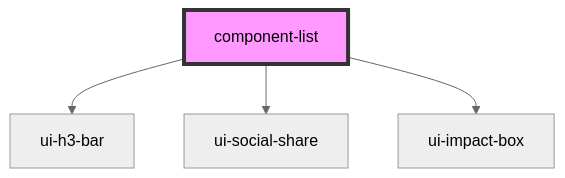
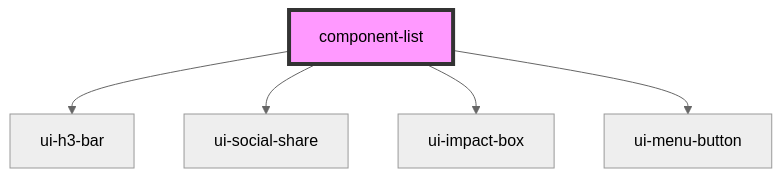
The diagram in site/src/components/component-list/readme.md (pizza-to-the-polls/power-the-polls), drawn with Mermaid (neutral theme) before and after one commit. The commit also changed other lines of this file and 20 other files, not shown here.

Commit message:
updated ui-loading-spinner to style it easier; made menu button into a component; added dark style for ui-social-share

````diff
--- a/site/src/components/component-list/readme.md
+++ b/site/src/components/component-list/readme.md
@@ -17,7 +18,8 @@
 ```mermaid
 graph TD;
   component-list --> ui-h3-bar
   component-list --> ui-social-share
   component-list --> ui-impact-box
+  component-list --> ui-menu-button
   style component-list fill:#f9f,stroke:#333,stroke-width:4px
 ```
````
